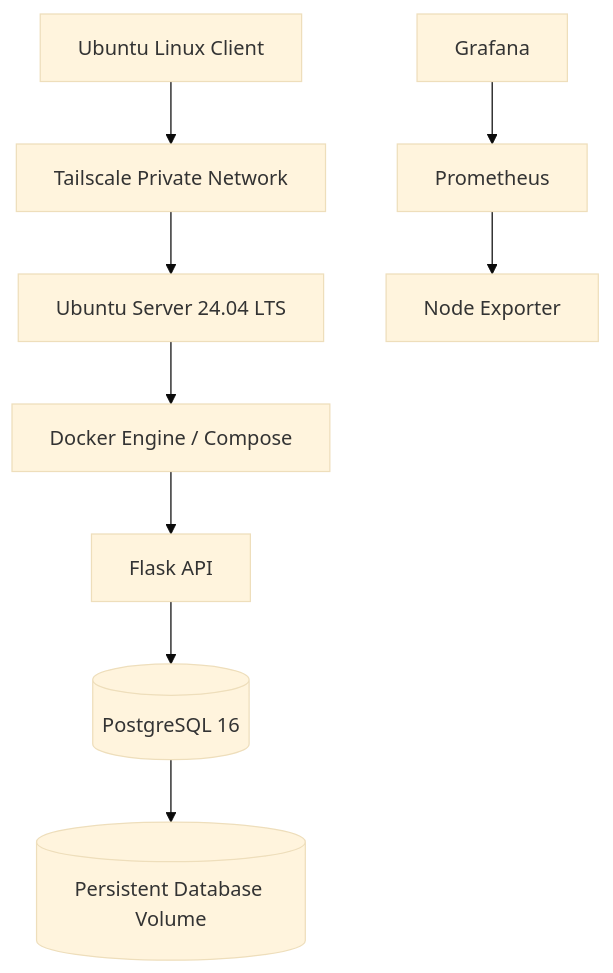
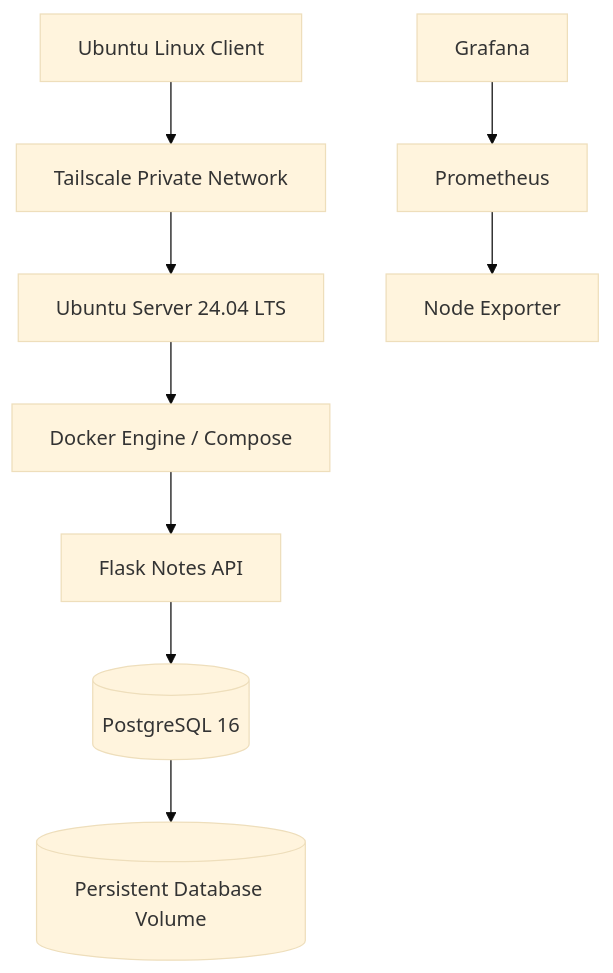
One commit to SufiyanKhanCloud/homelab-devops-labs changed the first of 2 diagrams in README.md. Above: the diagram before and after it, drawn with Mermaid (base theme). The commit also changed other lines of this file, not shown here.

````diff
--- a/README.md
+++ b/README.md
@@ -24,25 +25,25 @@
 ```mermaid
 flowchart TD
     Client["Ubuntu Linux Client"]
     VPN["Tailscale Private Network"]
     Server["Ubuntu Server 24.04 LTS"]
     Docker["Docker Engine / Compose"]
 
-    App["Flask API"]
+    App["Flask Notes API"]
     DB[("PostgreSQL 16")]
     Volume[("Persistent Database Volume")]
 
     Prom["Prometheus"]
     Node["Node Exporter"]
     Grafana["Grafana"]
 
     Client --> VPN
     VPN --> Server
     Server --> Docker
     Docker --> App
     App --> DB
     DB --> Volume
 
     Prom --> Node
     Grafana --> Prom
 ```
````
